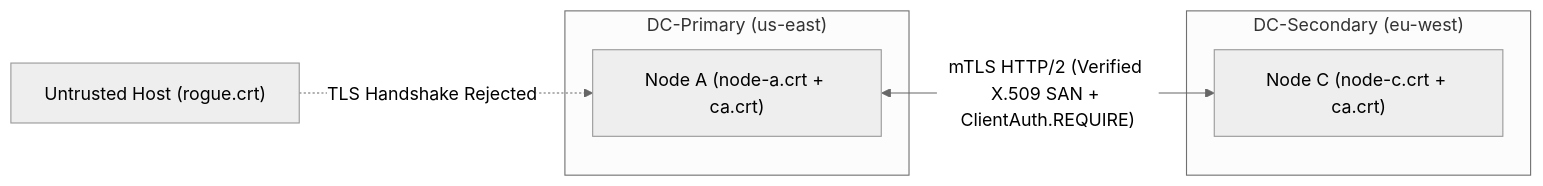
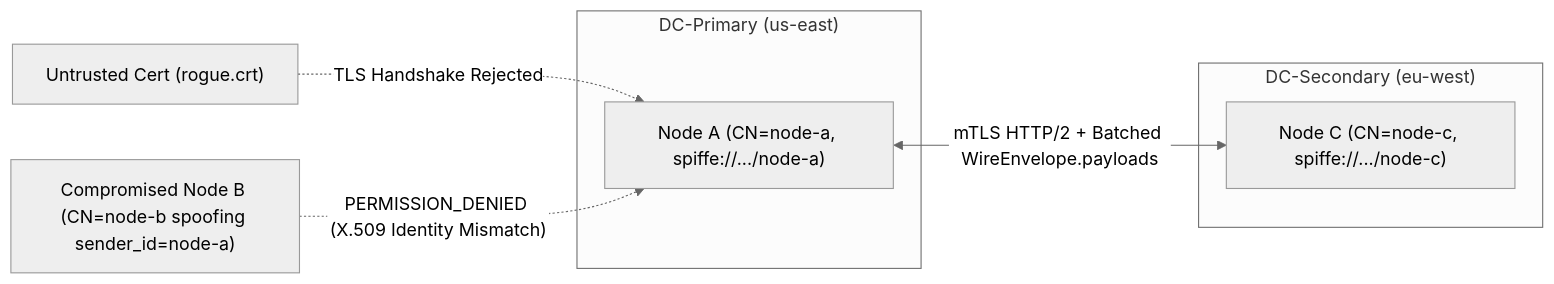
Before and after one commit to bmscomp/raft: the fourth of 4 diagrams in tutorials/14-multi-datacenter.md, drawn with Mermaid (neutral theme). The commit also changed other lines of this file and 8 other files, not shown here.

Commit message:
refactor(transport-grpc)!: Phase 4 — Pure AtomicCell Channel Pool, Batched Wire & mTLS Identity

````diff
--- a/tutorials/14-multi-datacenter.md
+++ b/tutorials/14-multi-datacenter.md
@@ -332,13 +332,15 @@
 ```mermaid
 flowchart LR
     subgraph DC1["DC-Primary (us-east)"]
-        N1["Node A (node-a.crt + ca.crt)"]
+        N1["Node A (CN=node-a, spiffe://.../node-a)"]
     end
     subgraph DC2["DC-Secondary (eu-west)"]
-        N2["Node C (node-c.crt + ca.crt)"]
+        N2["Node C (CN=node-c, spiffe://.../node-c)"]
     end
-    Rogue["Untrusted Host (rogue.crt)"]
+    Rogue["Untrusted Cert (rogue.crt)"]
+    Spoof["Compromised Node B (CN=node-b spoofing sender_id=node-a)"]
 
-    N1 <-->|"mTLS HTTP/2 (Verified X.509 SAN + ClientAuth.REQUIRE)"| N2
+    N1 <-->|"mTLS HTTP/2 + Batched WireEnvelope.payloads"| N2
     Rogue -.->|"TLS Handshake Rejected"| N1
+    Spoof -.->|"PERMISSION_DENIED (X.509 Identity Mismatch)"| N1
 ```
````
